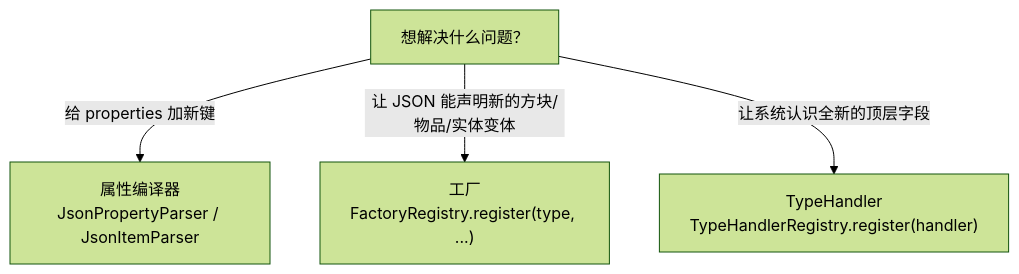
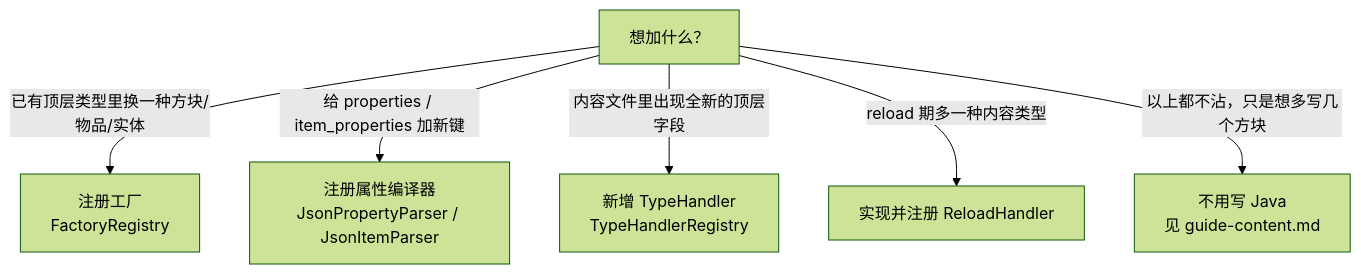
Before and after one commit to KasugaLibGroup/KasugaLibNext: the diagram in doc/data-driven/guide-extension.md, drawn with Mermaid (forest theme). The commit also changed other lines of this file and 5 other files, not shown here.

````diff
--- a/doc/data-driven/guide-extension.md
+++ b/doc/data-driven/guide-extension.md
@@ -8,7 +13,8 @@
 ```mermaid
 flowchart TD
-    A["想解决什么问题？"]
-    A -->|给 properties 加新键| B["属性编译器<br>JsonPropertyParser / JsonItemParser"]
-    A -->|让 JSON 能声明新的方块/物品/实体变体| C["工厂<br>FactoryRegistry.register(type, ...)"]
-    A -->|让系统认识全新的顶层字段| D["TypeHandler<br>TypeHandlerRegistry.register(handler)"]
+    A["想加什么？"] -->|"已有顶层类型里换一种方块/物品/实体"| B["注册工厂<br/>FactoryRegistry"]
+    A -->|"给 properties / item_properties 加新键"| C["注册属性编译器<br/>JsonPropertyParser / JsonItemParser"]
+    A -->|"内容文件里出现全新的顶层字段"| D["新增 TypeHandler<br/>TypeHandlerRegistry"]
+    A -->|"reload 期多一种内容类型"| E["实现并注册 ReloadHandler"]
+    A -->|"以上都不沾，只是想多写几个方块"| F["不用写 Java<br/>见 guide-content.md"]
 ```
````
